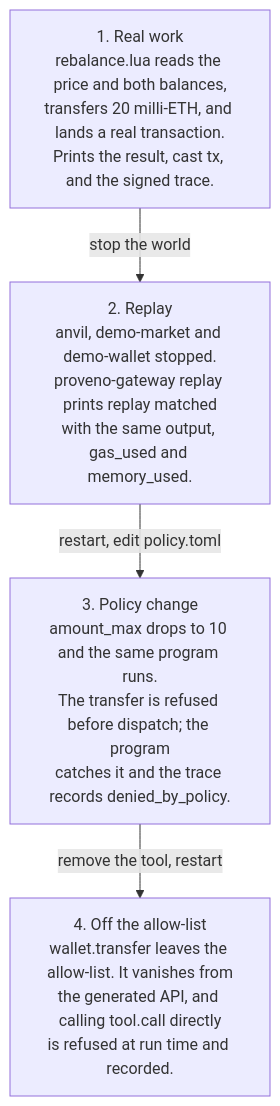
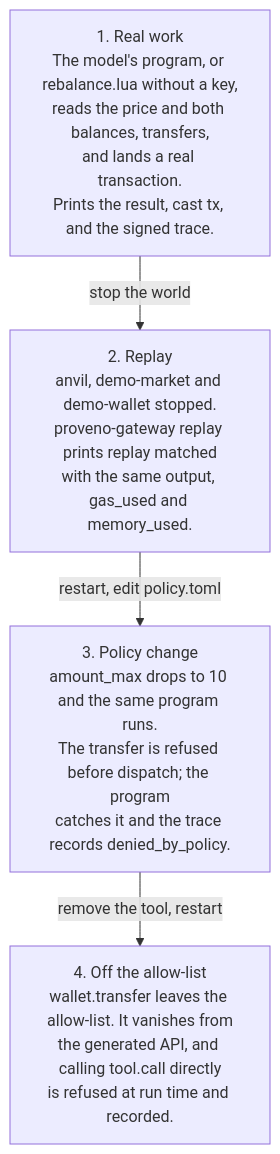
The second of 2 diagrams in demo/README.md (inertialabsxyz/proveno-gateway), drawn with Mermaid before and after one commit. The commit also changed other lines of this file, not shown here.

Commit message:
docs(demo): describe running the demo with and without a model key

````diff
--- a/demo/README.md
+++ b/demo/README.md
@@ -36,11 +45,11 @@
 ```mermaid
 flowchart TB
-    S1["1. Real work<br/>rebalance.lua reads the price and both balances,<br/>transfers 20 milli-ETH, and lands a real transaction.<br/>Prints the result, cast tx, and the signed trace."]
+    S1["1. Real work<br/>The model's program, or rebalance.lua without a key,<br/>reads the price and both balances, transfers,<br/>and lands a real transaction.<br/>Prints the result, cast tx, and the signed trace."]
     S2["2. Replay<br/>anvil, demo-market and demo-wallet stopped.<br/>proveno-gateway replay prints replay matched<br/>with the same output, gas_used and memory_used."]
     S3["3. Policy change<br/>amount_max drops to 10 and the same program runs.<br/>The transfer is refused before dispatch; the program<br/>catches it and the trace records denied_by_policy."]
     S4["4. Off the allow-list<br/>wallet.transfer leaves the allow-list. It vanishes from<br/>the generated API, and calling tool.call directly<br/>is refused at run time and recorded."]
 
     S1 -->|"stop the world"| S2
     S2 -->|"restart, edit policy.toml"| S3
     S3 -->|"remove the tool, restart"| S4
 ```
````
